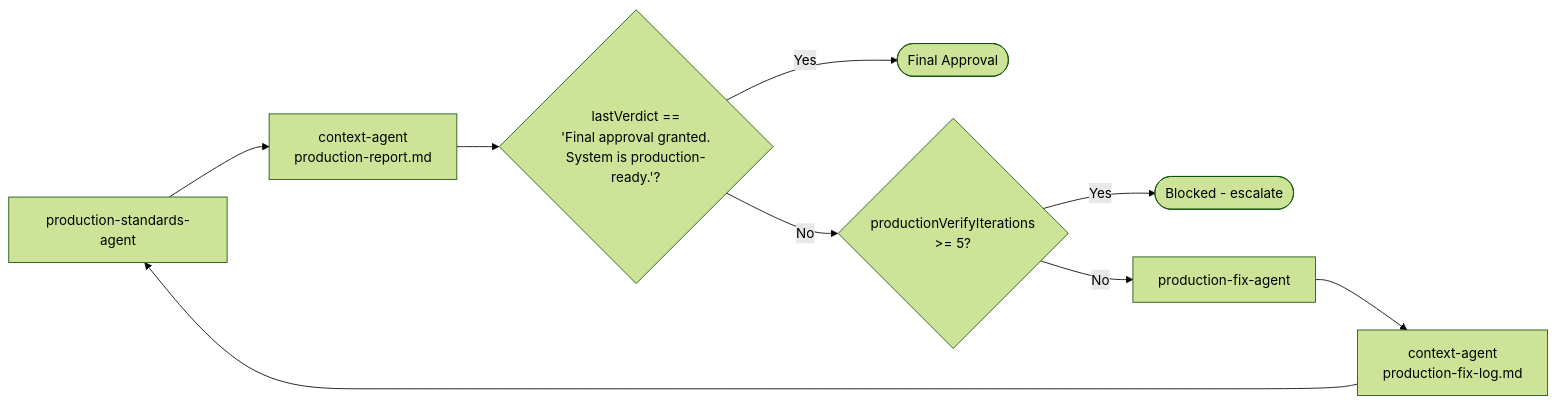
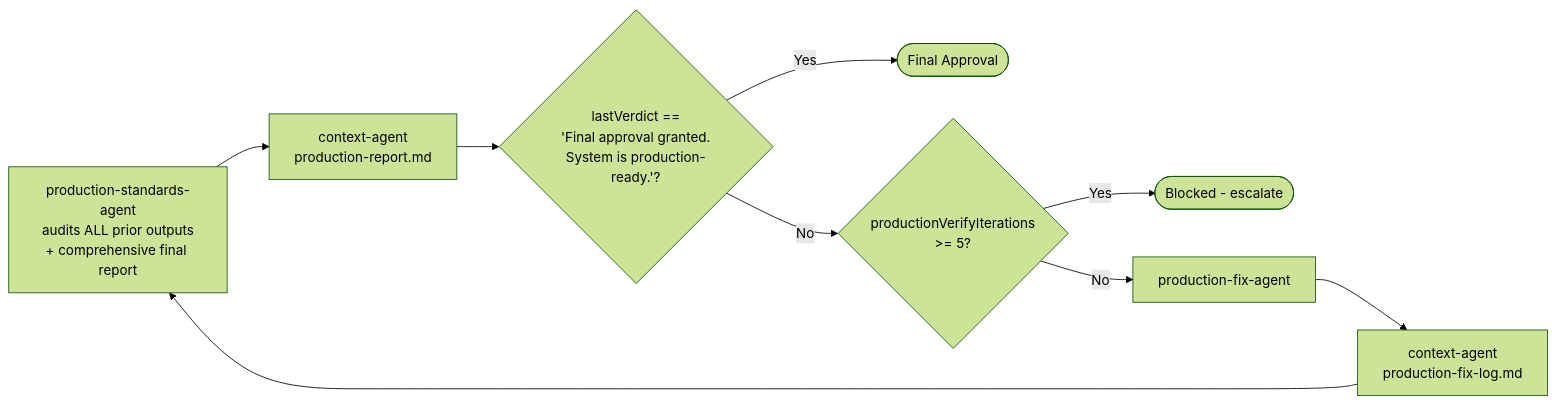
Diagram 11 of 15 in .cursor/agents/ARCHITECTURE.md (priyam-qo-box/agents), drawn with Mermaid (forest theme) before and after one commit. The commit also changed other lines of this file and 21 other files, not shown here.

````diff
--- a/.cursor/agents/ARCHITECTURE.md
+++ b/.cursor/agents/ARCHITECTURE.md
@@ -375,11 +474,11 @@
 ```mermaid
 flowchart LR
-    A[production-standards-agent] --> B["context-agent<br/>production-report.md"]
+    A["production-standards-agent<br/>audits ALL prior outputs<br/>+ comprehensive final report"] --> B["context-agent<br/>production-report.md"]
     B --> C{"lastVerdict ==<br/>'Final approval granted.<br/>System is production-ready.'?"}
     C -->|Yes| Exit([Final Approval])
     C -->|No| D{productionVerifyIterations<br/>>= 5?}
     D -->|Yes| Stop([Blocked - escalate])
     D -->|No| E[production-fix-agent]
     E --> F["context-agent<br/>production-fix-log.md"]
     F --> A
 ```
````
